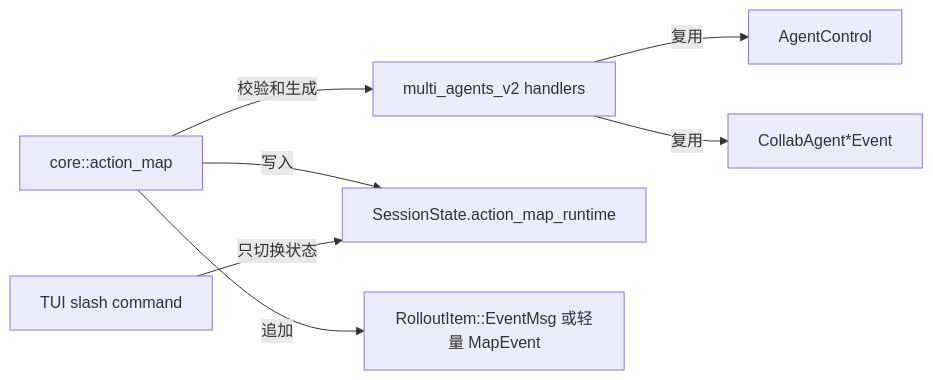
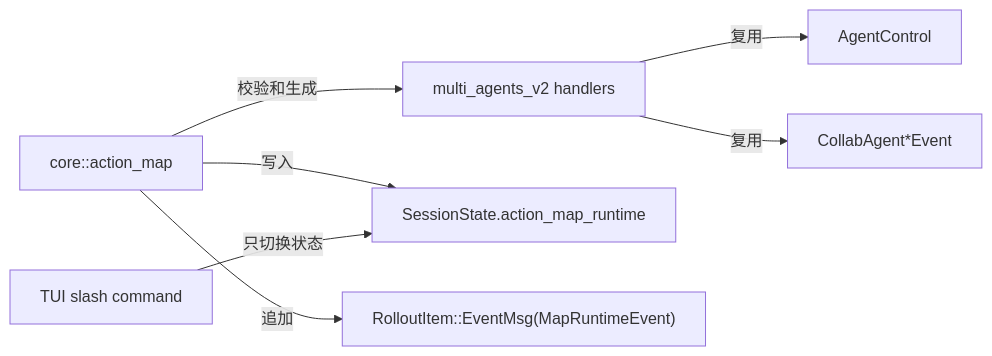
The second of 4 diagrams in docs/plans/2026-05-01-action-map-runtime-engineering-design.md (ceasarXuu/WhaleCode), drawn with Mermaid before and after one commit. The commit also changed other lines of this file and 1 other file, not shown here.

Commit message:
docs: correct action map engineering hooks

````diff
--- a/docs/plans/2026-05-01-action-map-runtime-engineering-design.md
+++ b/docs/plans/2026-05-01-action-map-runtime-engineering-design.md
@@ -109,9 +110,9 @@
 ```mermaid
 flowchart LR
     AM["core::action_map"] -->|校验和生成| H["multi_agents_v2 handlers"]
     H -->|复用| AC["AgentControl"]
     H -->|复用| CE["CollabAgent*Event"]
     AM -->|写入| SS["SessionState.action_map_runtime"]
-    AM -->|追加| RO["RolloutItem::EventMsg 或轻量 MapEvent"]
+    AM -->|追加| RO["RolloutItem::EventMsg(MapRuntimeEvent)"]
     TUI["TUI slash command"] -->|只切换状态| SS
 ```
````
